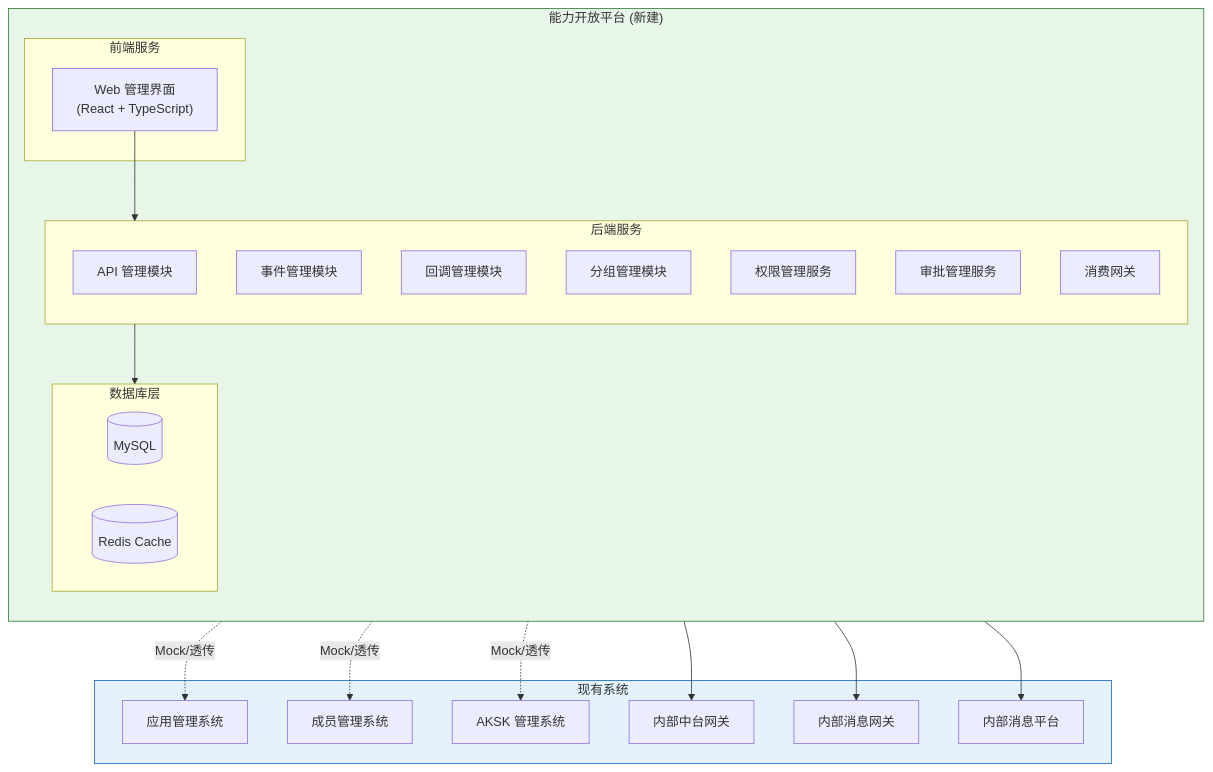
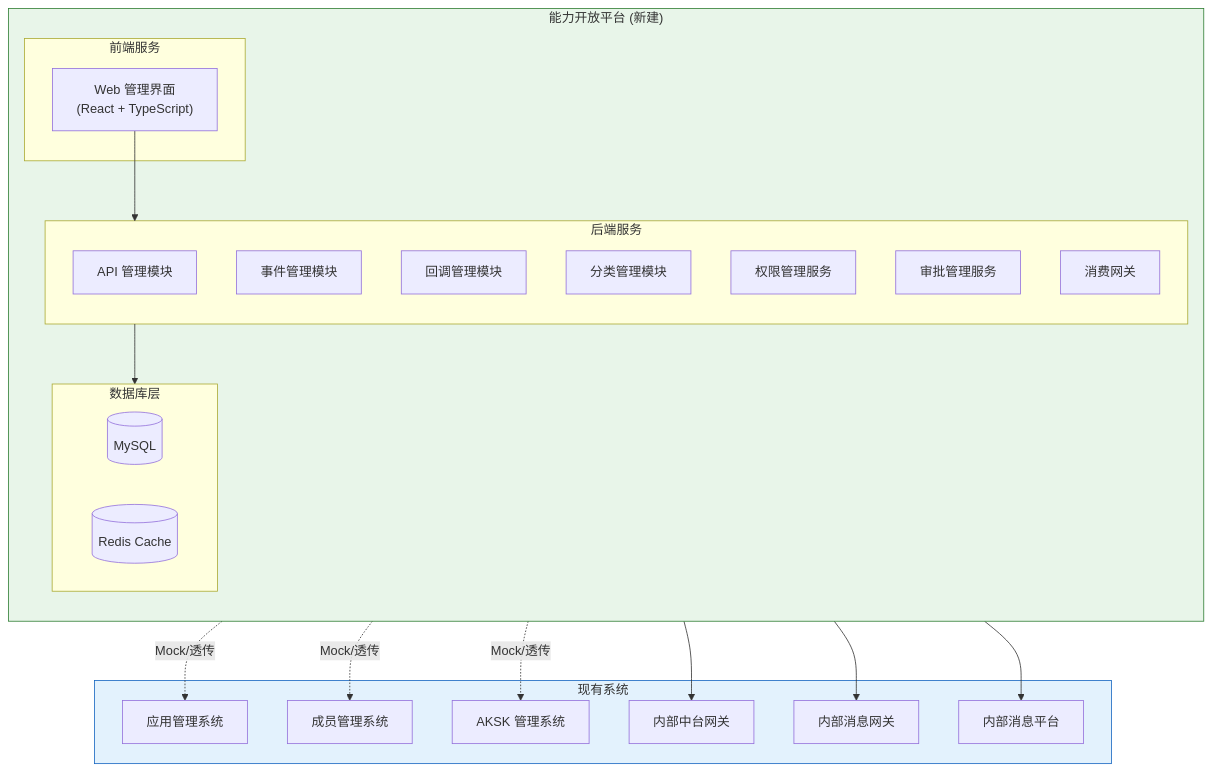
One commit to THZSummer/open-app changed the second of 5 diagrams in .sddu/specs-tree-root/specs-tree-capability-open-platform/plan.md. Above: the diagram before and after it, drawn with Mermaid. The commit also changed other lines of this file, not shown here.

````diff
--- a/.sddu/specs-tree-root/specs-tree-capability-open-platform/plan.md
+++ b/.sddu/specs-tree-root/specs-tree-capability-open-platform/plan.md
@@ -60,47 +60,47 @@
 ```mermaid
 graph TB
     subgraph New["能力开放平台 (新建)"]
         direction TB
         
         subgraph Frontend["前端服务"]
             WebApp["Web 管理界面\n(React + TypeScript)"]
         end
         
         subgraph Backend["后端服务"]
             API["API 管理模块"]
             Event["事件管理模块"]
             Callback["回调管理模块"]
-            Group["分组管理模块"]
+            Group["分类管理模块"]
             Permission["权限管理服务"]
             Approval["审批管理服务"]
             Gateway["消费网关"]
         end
         
         subgraph Database["数据库层"]
             DB[(MySQL)]
             Redis[(Redis Cache)]
         end
     end
     
     subgraph Existing["现有系统"]
         AppMgr["应用管理系统"]
         MemberMgr["成员管理系统"]
         AKSK["AKSK 管理系统"]
         InternalGateway["内部中台网关"]
         MessageGateway["内部消息网关"]
         MessagePlatform["内部消息平台"]
     end
     
     WebApp --> Backend
     Backend --> Database
     
     Permission -.->|Mock/透传| AppMgr
     Permission -.->|Mock/透传| AKSK
     Approval -.->|Mock/透传| MemberMgr
     Gateway --> InternalGateway
     Gateway --> MessageGateway
     Event --> MessagePlatform
     
     style New fill:#e8f5e9,stroke:#2e7d32
     style Existing fill:#e3f2fd,stroke:#1565c0
 ```
````
